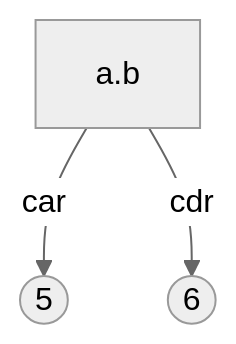
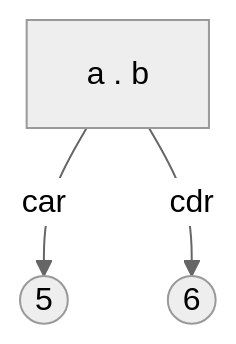
The first of 3 diagrams in Lisp入门/1-lisp.org (atlisp-org/atlisp-docs), drawn with Mermaid (neutral theme) before and after one commit. The commit also changed other lines of this file, not shown here.

```diff
--- a/Lisp入门/1-lisp.org
+++ b/Lisp入门/1-lisp.org
@@ -100,5 +104,5 @@
 #+begin_src mermaid
   graph TD;   
-  A[ a.b ]-->|car|B((5));
+  A[ a . b ]-->|car|B((5));
   A-->|cdr|C((6)); 
 #+end_src
```
